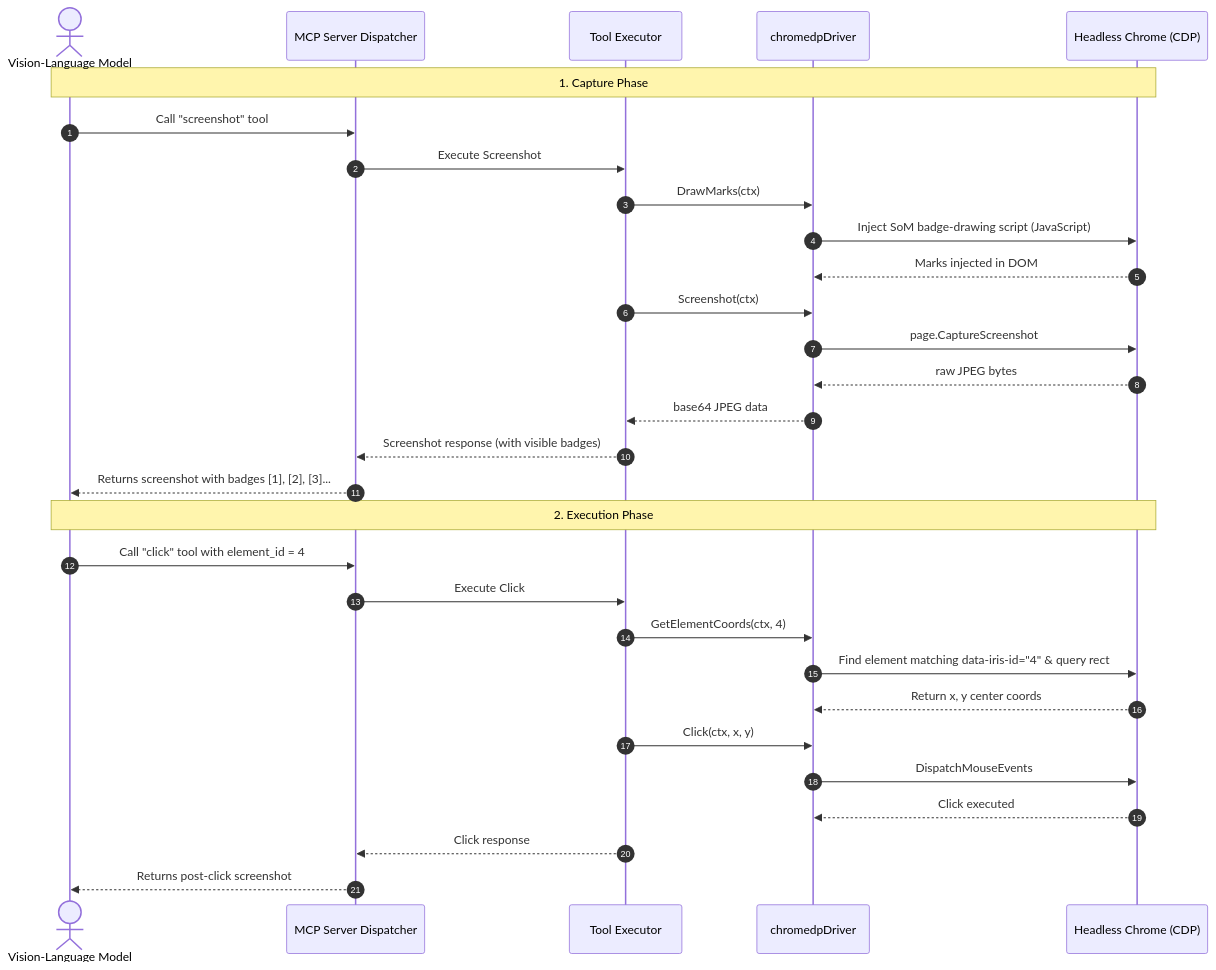
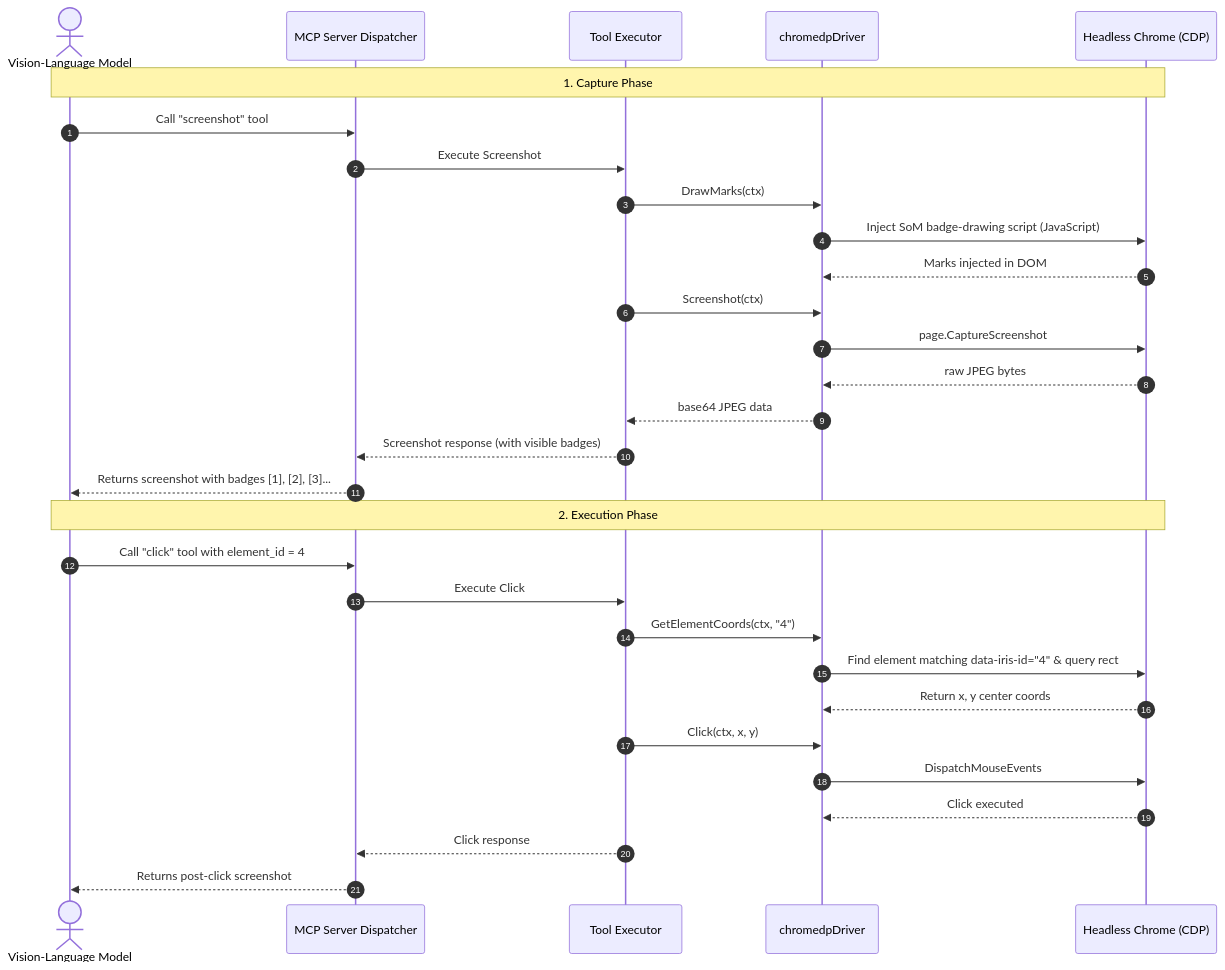
Before and after one commit to LanthornHQ/iris: the diagram in docs/ard/001-set_of_mark_ard.md, drawn with Mermaid. The commit also changed other lines of this file and 1 other file, not shown here.

````diff
--- a/docs/ard/001-set_of_mark_ard.md
+++ b/docs/ard/001-set_of_mark_ard.md
@@ -48,34 +48,34 @@
 ```mermaid
 sequenceDiagram
     autonumber
     actor VLM as Vision-Language Model
     participant MCP as MCP Server Dispatcher
     participant Tool as Tool Executor
     participant Driver as chromedpDriver
     participant Browser as Headless Chrome (CDP)
 
     note over VLM, Browser: 1. Capture Phase
     VLM->>MCP: Call "screenshot" tool
     MCP->>Tool: Execute Screenshot
     Tool->>Driver: DrawMarks(ctx)
     Driver->>Browser: Inject SoM badge-drawing script (JavaScript)
     Browser-->>Driver: Marks injected in DOM
     Tool->>Driver: Screenshot(ctx)
     Driver->>Browser: page.CaptureScreenshot
     Browser-->>Driver: raw JPEG bytes
     Driver-->>Tool: base64 JPEG data
     Tool-->>MCP: Screenshot response (with visible badges)
     MCP-->>VLM: Returns screenshot with badges [1], [2], [3]...
 
     note over VLM, Browser: 2. Execution Phase
     VLM->>MCP: Call "click" tool with element_id = 4
     MCP->>Tool: Execute Click
-    Tool->>Driver: GetElementCoords(ctx, 4)
+    Tool->>Driver: GetElementCoords(ctx, "4")
     Driver->>Browser: Find element matching data-iris-id="4" & query rect
     Browser-->>Driver: Return x, y center coords
     Tool->>Driver: Click(ctx, x, y)
     Driver->>Browser: DispatchMouseEvents
     Browser-->>Driver: Click executed
     Tool-->>MCP: Click response
     MCP-->>VLM: Returns post-click screenshot
 ```
````
